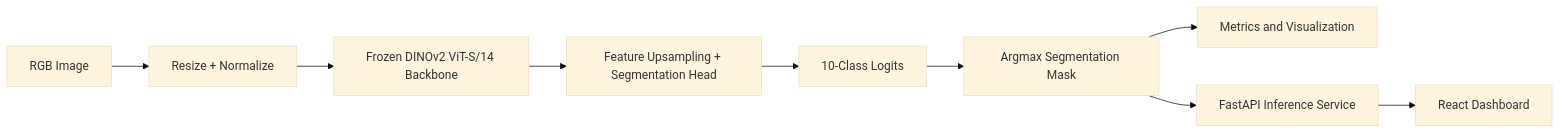
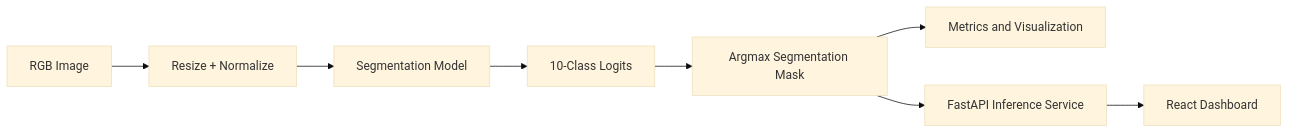
One commit to Alok-Fusion/TerrainScope changed the diagram in README.md. Above: the diagram before and after it, drawn with Mermaid (base theme). The commit also changed other lines of this file and 12 other files, not shown here.

````diff
--- a/README.md
+++ b/README.md
@@ -101,11 +101,10 @@
 ```mermaid
 flowchart LR
     A[RGB Image] --> B[Resize + Normalize]
-    B --> C[Frozen DINOv2 ViT-S/14 Backbone]
-    C --> D[Feature Upsampling + Segmentation Head]
-    D --> E[10-Class Logits]
-    E --> F[Argmax Segmentation Mask]
-    F --> G[Metrics and Visualization]
-    F --> H[FastAPI Inference Service]
-    H --> I[React Dashboard]
+    B --> C[Segmentation Model]
+    C --> D[10-Class Logits]
+    D --> E[Argmax Segmentation Mask]
+    E --> F[Metrics and Visualization]
+    E --> G[FastAPI Inference Service]
+    G --> H[React Dashboard]
 ```
````
